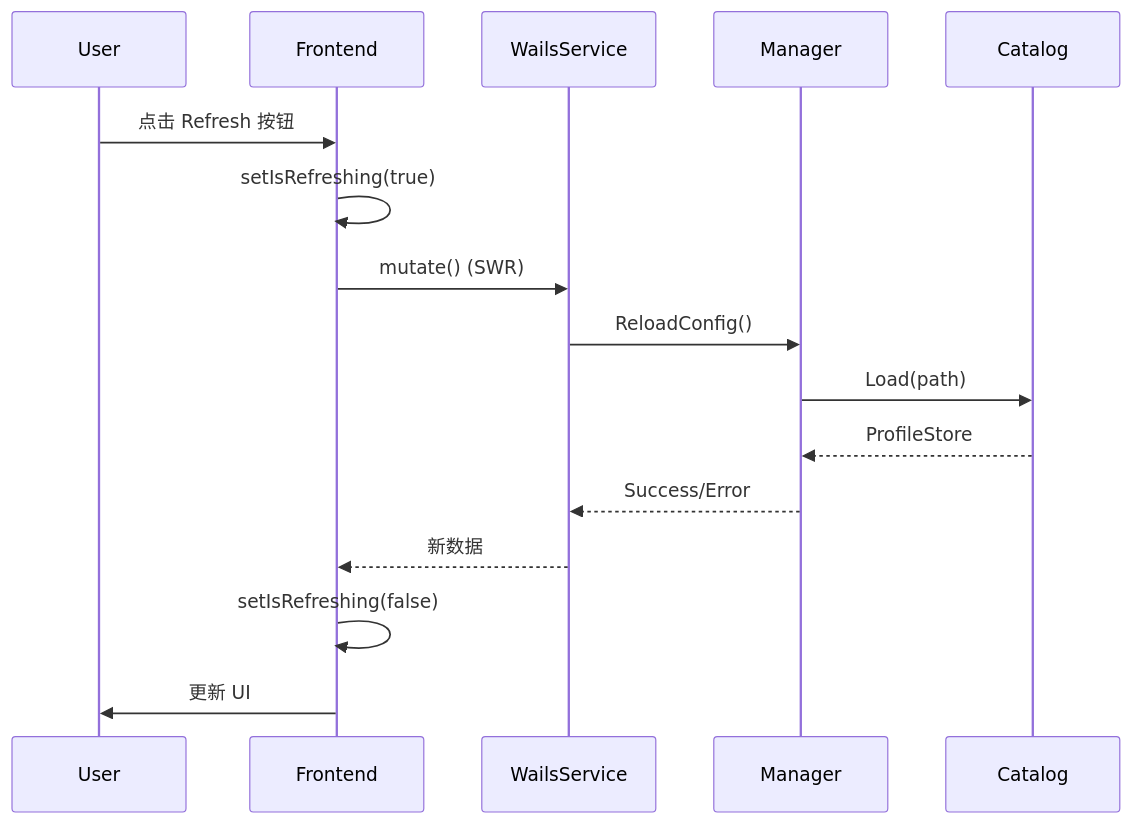
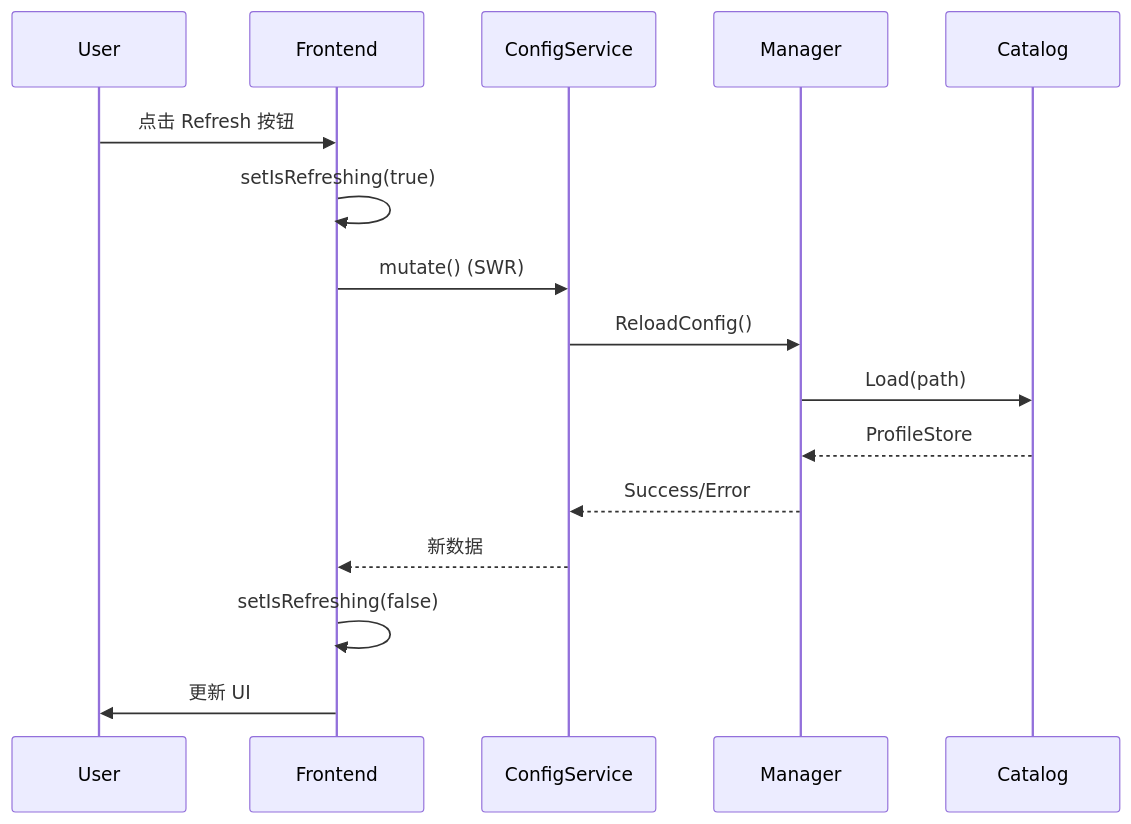
One commit to wibus-wee/mcpv changed the third of 4 diagrams in docs/CONFIG_VISUALIZATION_DESIGN.md. Above: the diagram before and after it, drawn with Mermaid. The commit also changed other lines of this file and 56 other files, not shown here.

````diff
--- a/docs/CONFIG_VISUALIZATION_DESIGN.md
+++ b/docs/CONFIG_VISUALIZATION_DESIGN.md
@@ -561,19 +563,19 @@
 ```mermaid
 sequenceDiagram
     participant User
     participant Frontend
-    participant WailsService
+    participant ConfigService
     participant Manager
     participant Catalog
 
     User->>Frontend: 点击 Refresh 按钮
     Frontend->>Frontend: setIsRefreshing(true)
-    Frontend->>WailsService: mutate() (SWR)
-    WailsService->>Manager: ReloadConfig()
+    Frontend->>ConfigService: mutate() (SWR)
+    ConfigService->>Manager: ReloadConfig()
     Manager->>Catalog: Load(path)
     Catalog-->>Manager: ProfileStore
-    Manager-->>WailsService: Success/Error
-    WailsService-->>Frontend: 新数据
+    Manager-->>ConfigService: Success/Error
+    ConfigService-->>Frontend: 新数据
     Frontend->>Frontend: setIsRefreshing(false)
     Frontend->>User: 更新 UI
 ```
````
